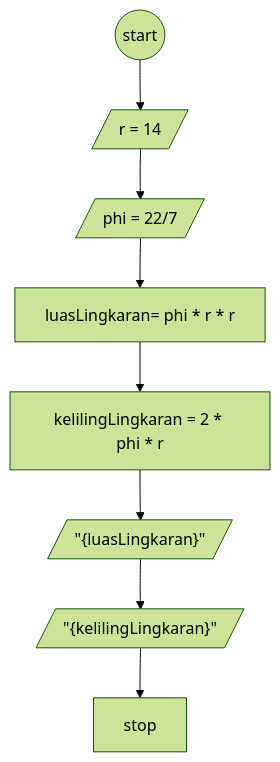
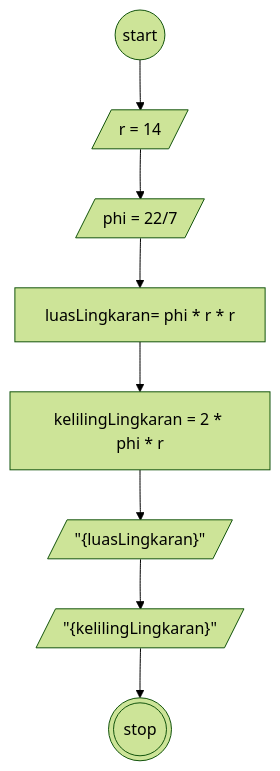
The diagram in readme.md (muhammadfajarr30/koda-b8-javascript1), drawn with Mermaid (forest theme) before and after one commit.

Commit message:
Update readme.md formatting for flowchart

````diff
--- a/readme.md
+++ b/readme.md
@@ -5,16 +5,16 @@
 ```mermaid
 flowchart TD
 start@{shape: circle, label:"start" }
 a@{shape: lean-r, label: "r = 14" }
 b@{shape: lean-r, label: "phi = 22/7" }
 c@{shape: rect, label: "luasLingkaran= phi * r * r" }
 d@{shape: rect, label: "kelilingLingkaran = 2 * phi * r"}
 e@{shape: lean-r, label: '"{luasLingkaran}"' }
 f@{shape: lean-r, label: '"{kelilingLingkaran}"' }
-stop@{shape:dbl-circ, label: "stop" }
+stop@{shape: dbl-circ, label: "stop" }
 
 start-->a-->b-->c-->d-->e-->f-->stop
 
 
 
 ```
````
